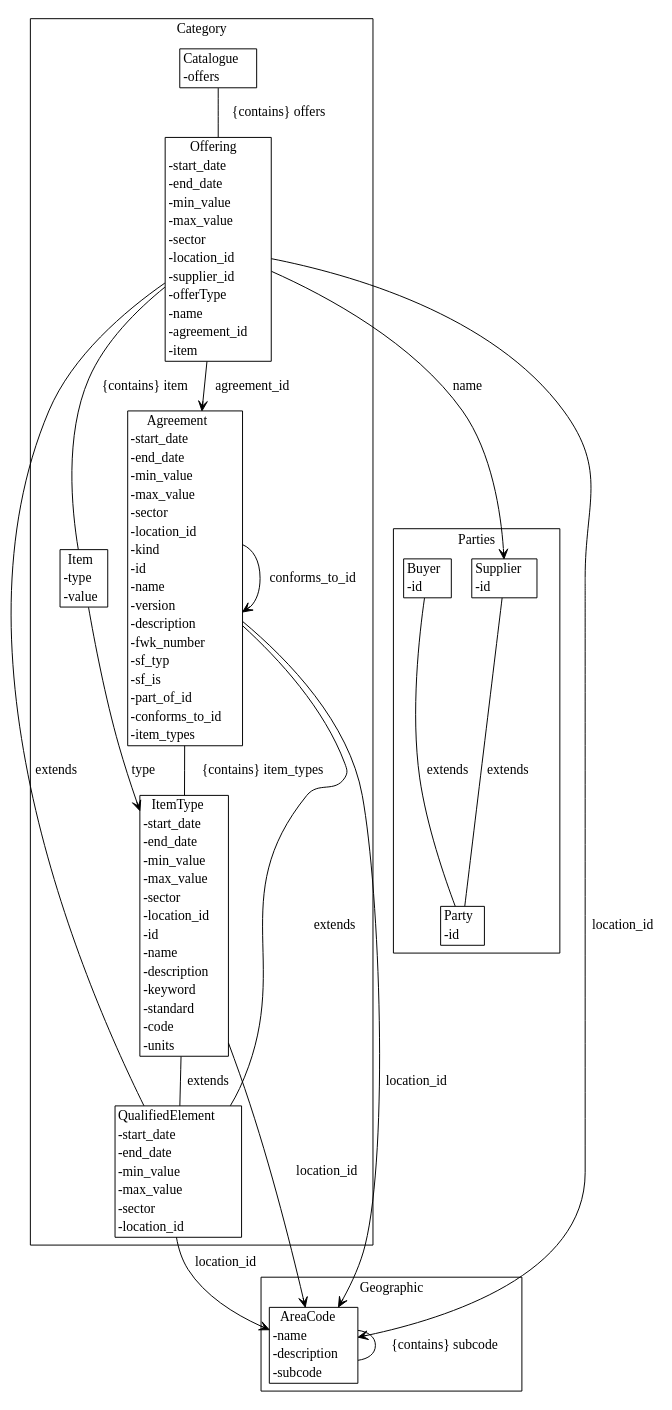
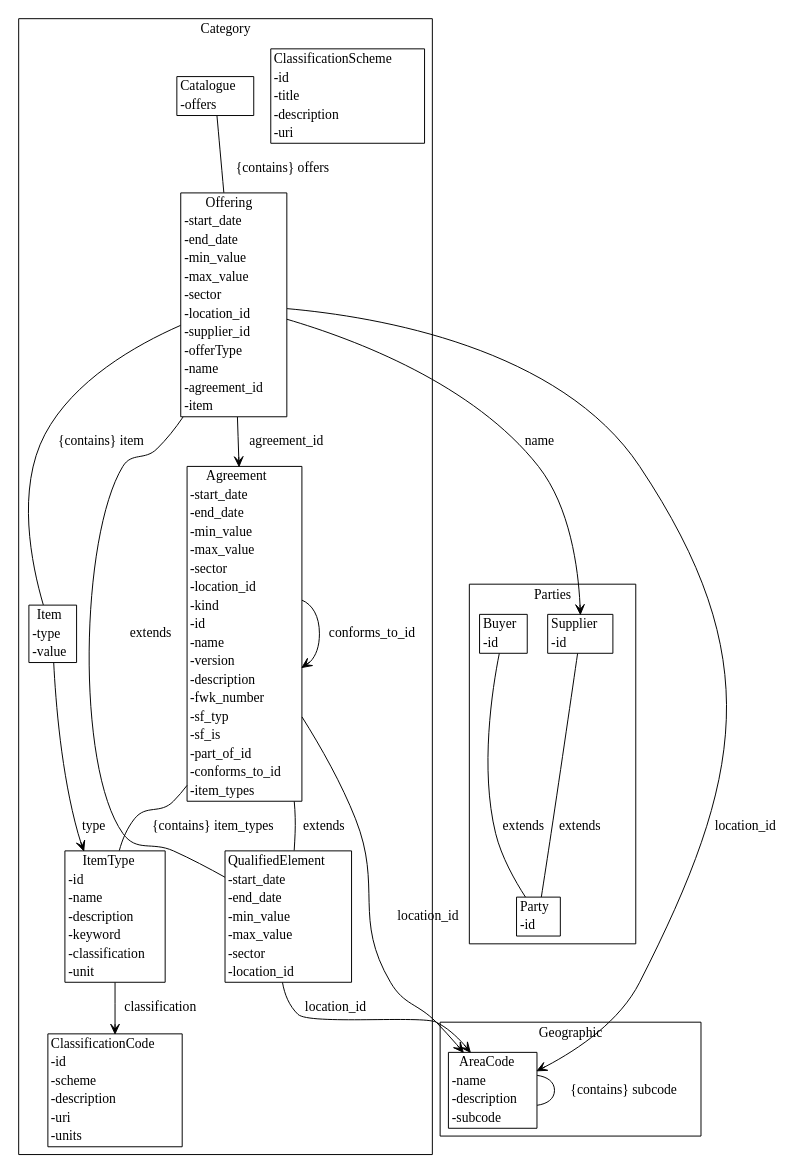
One commit to Crown-Commercial-Service/cmp-design-prototype changed the diagram in agreement-design/gen/diagrams/data_model.dot. Above: the diagram before and after it, drawn with Graphviz. The commit also changed 6 other files, not shown here.

```diff
--- a/agreement-design/gen/diagrams/data_model.dot
+++ b/agreement-design/gen/diagrams/data_model.dot
@@ -1,43 +1,44 @@
 strict digraph {
 subgraph cluster_Category {
 node [shape=plaintext margin=0];
 label=Category;
+"ClassificationScheme" [label=<<table BORDER="1" CELLBORDER="0" CELLSPACING="0"><TH><TD>ClassificationScheme</TD></TH><TR><TD ALIGN="LEFT">-id</TD></TR><TR><TD ALIGN="LEFT">-title</TD></TR><TR><TD ALIGN="LEFT">-description</TD></TR><TR><TD ALIGN="LEFT">-uri</TD></TR></table>>];
+"ClassificationCode" [label=<<table BORDER="1" CELLBORDER="0" CELLSPACING="0"><TH><TD>ClassificationCode</TD></TH><TR><TD ALIGN="LEFT">-id</TD></TR><TR><TD ALIGN="LEFT">-scheme</TD></TR><TR><TD ALIGN="LEFT">-description</TD></TR><TR><TD ALIGN="LEFT">-uri</TD></TR><TR><TD ALIGN="LEFT">-units</TD></TR></table>>];
 "QualifiedElement" [label=<<table BORDER="1" CELLBORDER="0" CELLSPACING="0"><TH><TD>QualifiedElement</TD></TH><TR><TD ALIGN="LEFT">-start_date</TD></TR><TR><TD ALIGN="LEFT">-end_date</TD></TR><TR><TD ALIGN="LEFT">-min_value</TD></TR><TR><TD ALIGN="LEFT">-max_value</TD></TR><TR><TD ALIGN="LEFT">-sector</TD></TR><TR><TD ALIGN="LEFT">-location_id</TD></TR></table>>];
-"ItemType" [label=<<table BORDER="1" CELLBORDER="0" CELLSPACING="0"><TH><TD>ItemType</TD></TH><TR><TD ALIGN="LEFT">-start_date</TD></TR><TR><TD ALIGN="LEFT">-end_date</TD></TR><TR><TD ALIGN="LEFT">-min_value</TD></TR><TR><TD ALIGN="LEFT">-max_value</TD></TR><TR><TD ALIGN="LEFT">-sector</TD></TR><TR><TD ALIGN="LEFT">-location_id</TD></TR><TR><TD ALIGN="LEFT">-id</TD></TR><TR><TD ALIGN="LEFT">-name</TD></TR><TR><TD ALIGN="LEFT">-description</TD></TR><TR><TD ALIGN="LEFT">-keyword</TD></TR><TR><TD ALIGN="LEFT">-standard</TD></TR><TR><TD ALIGN="LEFT">-code</TD></TR><TR><TD ALIGN="LEFT">-units</TD></TR></table>>];
+"ItemType" [label=<<table BORDER="1" CELLBORDER="0" CELLSPACING="0"><TH><TD>ItemType</TD></TH><TR><TD ALIGN="LEFT">-id</TD></TR><TR><TD ALIGN="LEFT">-name</TD></TR><TR><TD ALIGN="LEFT">-description</TD></TR><TR><TD ALIGN="LEFT">-keyword</TD></TR><TR><TD ALIGN="LEFT">-classification</TD></TR><TR><TD ALIGN="LEFT">-unit</TD></TR></table>>];
 "Agreement" [label=<<table BORDER="1" CELLBORDER="0" CELLSPACING="0"><TH><TD>Agreement</TD></TH><TR><TD ALIGN="LEFT">-start_date</TD></TR><TR><TD ALIGN="LEFT">-end_date</TD></TR><TR><TD ALIGN="LEFT">-min_value</TD></TR><TR><TD ALIGN="LEFT">-max_value</TD></TR><TR><TD ALIGN="LEFT">-sector</TD></TR><TR><TD ALIGN="LEFT">-location_id</TD></TR><TR><TD ALIGN="LEFT">-kind</TD></TR><TR><TD ALIGN="LEFT">-id</TD></TR><TR><TD ALIGN="LEFT">-name</TD></TR><TR><TD ALIGN="LEFT">-version</TD></TR><TR><TD ALIGN="LEFT">-description</TD></TR><TR><TD ALIGN="LEFT">-fwk_number</TD></TR><TR><TD ALIGN="LEFT">-sf_typ</TD></TR><TR><TD ALIGN="LEFT">-sf_is</TD></TR><TR><TD ALIGN="LEFT">-part_of_id</TD></TR><TR><TD ALIGN="LEFT">-conforms_to_id</TD></TR><TR><TD ALIGN="LEFT">-item_types</TD></TR></table>>];
 "Item" [label=<<table BORDER="1" CELLBORDER="0" CELLSPACING="0"><TH><TD>Item</TD></TH><TR><TD ALIGN="LEFT">-type</TD></TR><TR><TD ALIGN="LEFT">-value</TD></TR></table>>];
 "Offering" [label=<<table BORDER="1" CELLBORDER="0" CELLSPACING="0"><TH><TD>Offering</TD></TH><TR><TD ALIGN="LEFT">-start_date</TD></TR><TR><TD ALIGN="LEFT">-end_date</TD></TR><TR><TD ALIGN="LEFT">-min_value</TD></TR><TR><TD ALIGN="LEFT">-max_value</TD></TR><TR><TD ALIGN="LEFT">-sector</TD></TR><TR><TD ALIGN="LEFT">-location_id</TD></TR><TR><TD ALIGN="LEFT">-supplier_id</TD></TR><TR><TD ALIGN="LEFT">-offerType</TD></TR><TR><TD ALIGN="LEFT">-name</TD></TR><TR><TD ALIGN="LEFT">-agreement_id</TD></TR><TR><TD ALIGN="LEFT">-item</TD></TR></table>>];
 "Catalogue" [label=<<table BORDER="1" CELLBORDER="0" CELLSPACING="0"><TH><TD>Catalogue</TD></TH><TR><TD ALIGN="LEFT">-offers</TD></TR></table>>];
 }
 subgraph cluster_Parties {
 node [shape=plaintext margin=0];
 label=Parties;
 "Party" [label=<<table BORDER="1" CELLBORDER="0" CELLSPACING="0"><TH><TD>Party</TD></TH><TR><TD ALIGN="LEFT">-id</TD></TR></table>>];
 "Supplier" [label=<<table BORDER="1" CELLBORDER="0" CELLSPACING="0"><TH><TD>Supplier</TD></TH><TR><TD ALIGN="LEFT">-id</TD></TR></table>>];
 "Buyer" [label=<<table BORDER="1" CELLBORDER="0" CELLSPACING="0"><TH><TD>Buyer</TD></TH><TR><TD ALIGN="LEFT">-id</TD></TR></table>>];
 }
 subgraph cluster_Geographic {
 node [shape=plaintext margin=0];
 label=Geographic;
 "AreaCode" [label=<<table BORDER="1" CELLBORDER="0" CELLSPACING="0"><TH><TD>AreaCode</TD></TH><TR><TD ALIGN="LEFT">-name</TD></TR><TR><TD ALIGN="LEFT">-description</TD></TR><TR><TD ALIGN="LEFT">-subcode</TD></TR></table>>];
 }
 "QualifiedElement" -> "AreaCode" [label="location_id" arrowhead = "open" arrowtail = "none" ];
-"ItemType" -> "QualifiedElement" [label="extends" arrowhead = "none" arrowtail = "normal" ];
-"ItemType" -> "AreaCode" [label="location_id" arrowhead = "open" arrowtail = "none" ];
+"ItemType" -> "ClassificationCode" [label="classification" arrowhead = "open" arrowtail = "none" ];
 "Agreement" -> "QualifiedElement" [label="extends" arrowhead = "none" arrowtail = "normal" ];
 "Agreement" -> "AreaCode" [label="location_id" arrowhead = "open" arrowtail = "none" ];
 "Agreement" -> "Agreement" [label="part_of_id" arrowhead = "open" arrowtail = "none" ];
 "Agreement" -> "Agreement" [label="conforms_to_id" arrowhead = "open" arrowtail = "none" ];
 "Agreement" -> "ItemType" [label="{contains} item_types" arrowhead = "none" arrowtail = "diamond" ];
 "Item" -> "ItemType" [label="type" arrowhead = "open" arrowtail = "none" ];
 "Offering" -> "QualifiedElement" [label="extends" arrowhead = "none" arrowtail = "normal" ];
 "Offering" -> "AreaCode" [label="location_id" arrowhead = "open" arrowtail = "none" ];
 "Offering" -> "Supplier" [label="supplier_id" arrowhead = "open" arrowtail = "none" ];
 "Offering" -> "Supplier" [label="name" arrowhead = "open" arrowtail = "none" ];
 "Offering" -> "Agreement" [label="agreement_id" arrowhead = "open" arrowtail = "none" ];
 "Offering" -> "Item" [label="{contains} item" arrowhead = "none" arrowtail = "diamond" ];
 "Catalogue" -> "Offering" [label="{contains} offers" arrowhead = "none" arrowtail = "diamond" ];
 "Supplier" -> "Party" [label="extends" arrowhead = "none" arrowtail = "normal" ];
 "Buyer" -> "Party" [label="extends" arrowhead = "none" arrowtail = "normal" ];
 "AreaCode" -> "AreaCode" [label="{contains} subcode" arrowhead = "none" arrowtail = "diamond" ];
 }
```
